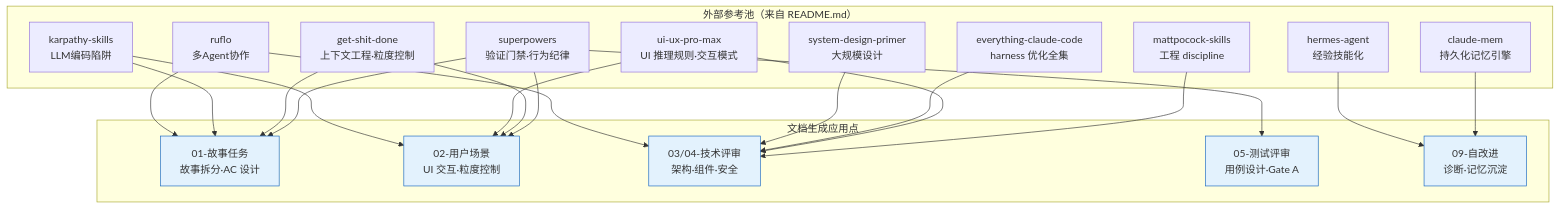
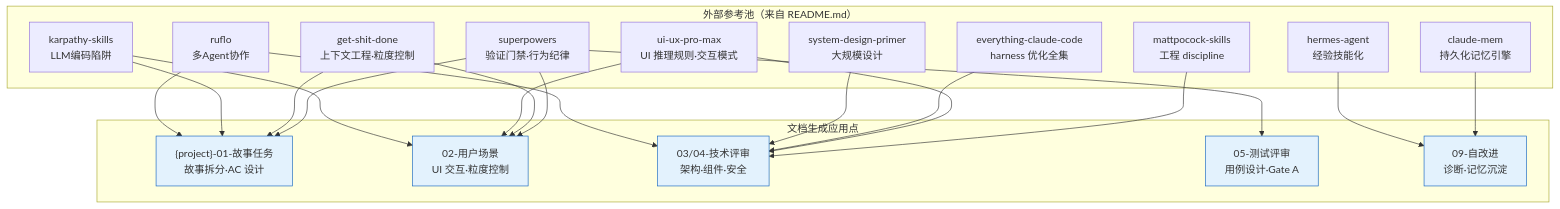
Before and after one commit to effiy/YrY: diagram 14 of 14 in skills/rui/formulas.md, drawn with Mermaid. The commit also changed other lines of this file and 17 other files, not shown here.

````diff
--- a/skills/rui/formulas.md
+++ b/skills/rui/formulas.md
@@ -781,36 +781,36 @@
 ```mermaid
 flowchart TD
     subgraph 参考池["外部参考池（来自 README.md）"]
         R1["superpowers<br/>验证门禁·行为纪律"]
         R2["get-shit-done<br/>上下文工程·粒度控制"]
         R3["mattpocock-skills<br/>工程 discipline"]
         R4["ui-ux-pro-max<br/>UI 推理规则·交互模式"]
         R5["claude-mem<br/>持久化记忆引擎"]
         R6["everything-claude-code<br/>harness 优化全集"]
         R7["karpathy-skills<br/>LLM编码陷阱"]
         R8["system-design-primer<br/>大规模设计"]
         R9["hermes-agent<br/>经验技能化"]
         R10["ruflo<br/>多Agent协作"]
     end
 
     subgraph 应用点["文档生成应用点"]
-        A1["01-故事任务<br/>故事拆分·AC 设计"]:::doc
+        A1["{project}-01-故事任务<br/>故事拆分·AC 设计"]:::doc
         A2["02-用户场景<br/>UI 交互·粒度控制"]:::doc
         A3["03/04-技术评审<br/>架构·组件·安全"]:::doc
         A4["05-测试评审<br/>用例设计·Gate A"]:::doc
         A5["09-自改进<br/>诊断·记忆沉淀"]:::doc
     end
 
     R1 --> A1 & A2 & A4
     R2 --> A1 & A2
     R3 --> A3
     R4 --> A2 & A3
     R5 --> A5
     R6 --> A3
     R7 --> A1 & A2
     R8 --> A3
     R9 --> A5
     R10 --> A1 & A3
 
     classDef doc fill:#e3f2fd,stroke:#1565c0;
 ```
````
